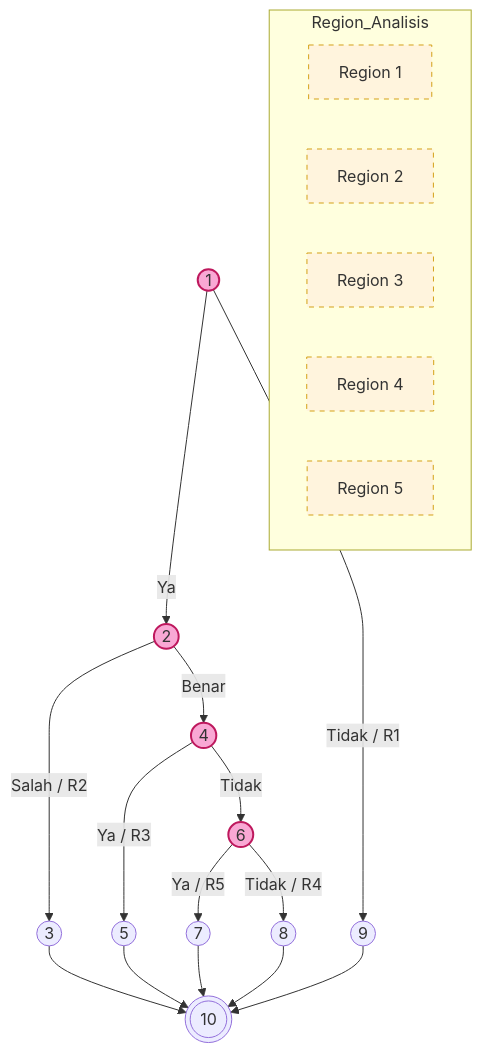
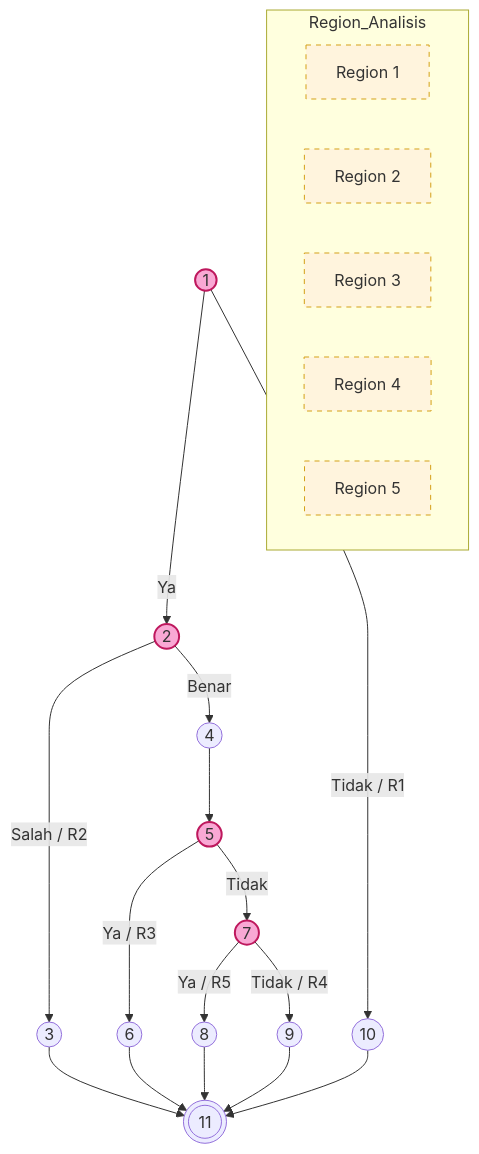
Before and after one commit to arbain-dev/Web_fikom: the fourth of 6 diagrams in docs/07_PENGUJIAN_WHITE_BOX.md, drawn with Mermaid. The commit also changed other lines of this file, not shown here.

Commit message:
docs: menambahkan node input pada flowchart pengujian white box

````diff
--- a/docs/07_PENGUJIAN_WHITE_BOX.md
+++ b/docs/07_PENGUJIAN_WHITE_BOX.md
@@ -161,23 +166,24 @@
 ```mermaid
 graph TD
     classDef predicate fill:#f9a8d4,stroke:#be185d,stroke-width:2px;
     classDef region fill:#fff4dd,stroke:#d4a017,stroke-dasharray: 5 5;
 
     1((1)):::predicate -->|Ya| 2((2)):::predicate
-    1 -->|Tidak / R1| 9((9))
+    1 -->|Tidak / R1| 10((10))
     2 -->|Salah / R2| 3((3))
-    2 -->|Benar| 4((4)):::predicate
-    4 -->|Ya / R3| 5((5))
-    4 -->|Tidak| 6((6)):::predicate
-    6 -->|Ya / R5| 7((7))
-    6 -->|Tidak / R4| 8((8))
-    3 & 5 & 7 & 8 & 9 --> 10(((10)))
+    2 -->|Benar| 4((4))
+    4 --> 5((5)):::predicate
+    5 -->|Ya / R3| 6((6))
+    5 -->|Tidak| 7((7)):::predicate
+    7 -->|Ya / R5| 8((8))
+    7 -->|Tidak / R4| 9((9))
+    3 & 6 & 8 & 9 & 10 --> 11(((11)))
 
     subgraph Region_Analisis
         R1[Region 1]:::region
         R2[Region 2]:::region
         R3[Region 3]:::region
         R4[Region 4]:::region
         R5[Region 5]:::region
     end
 ```
````
